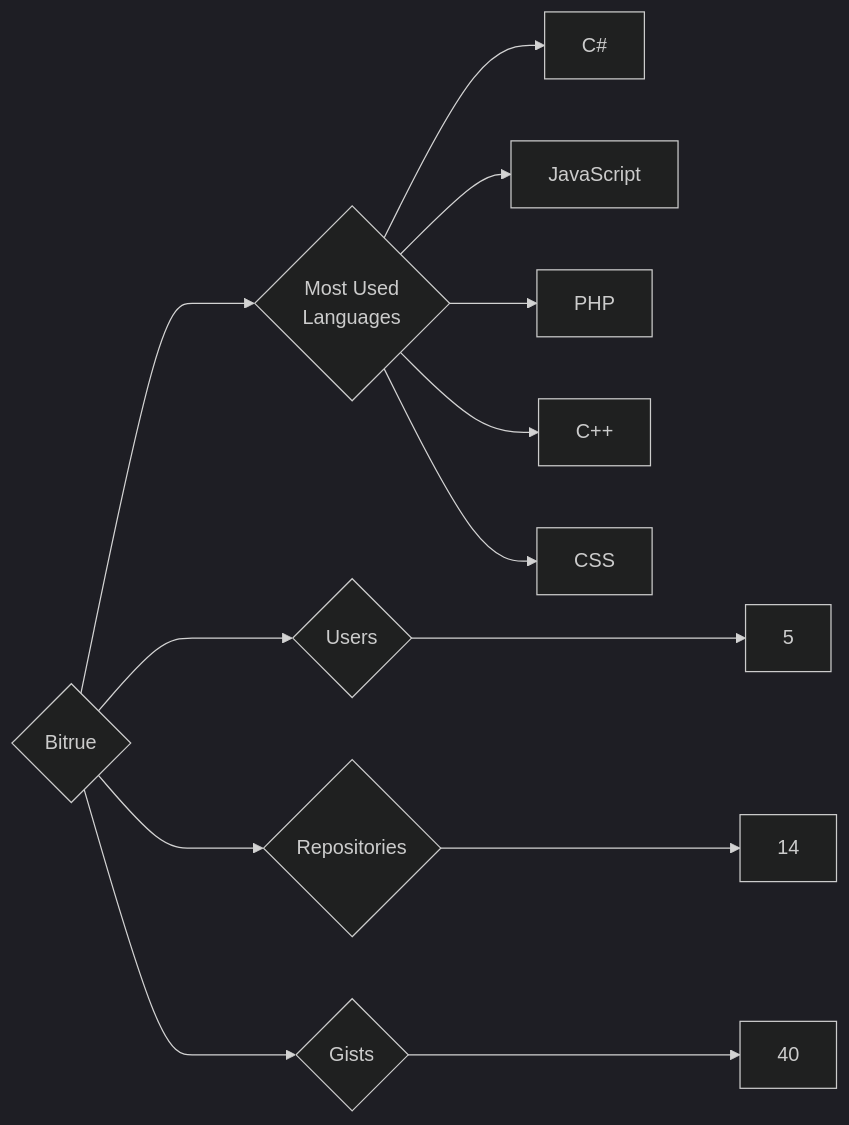
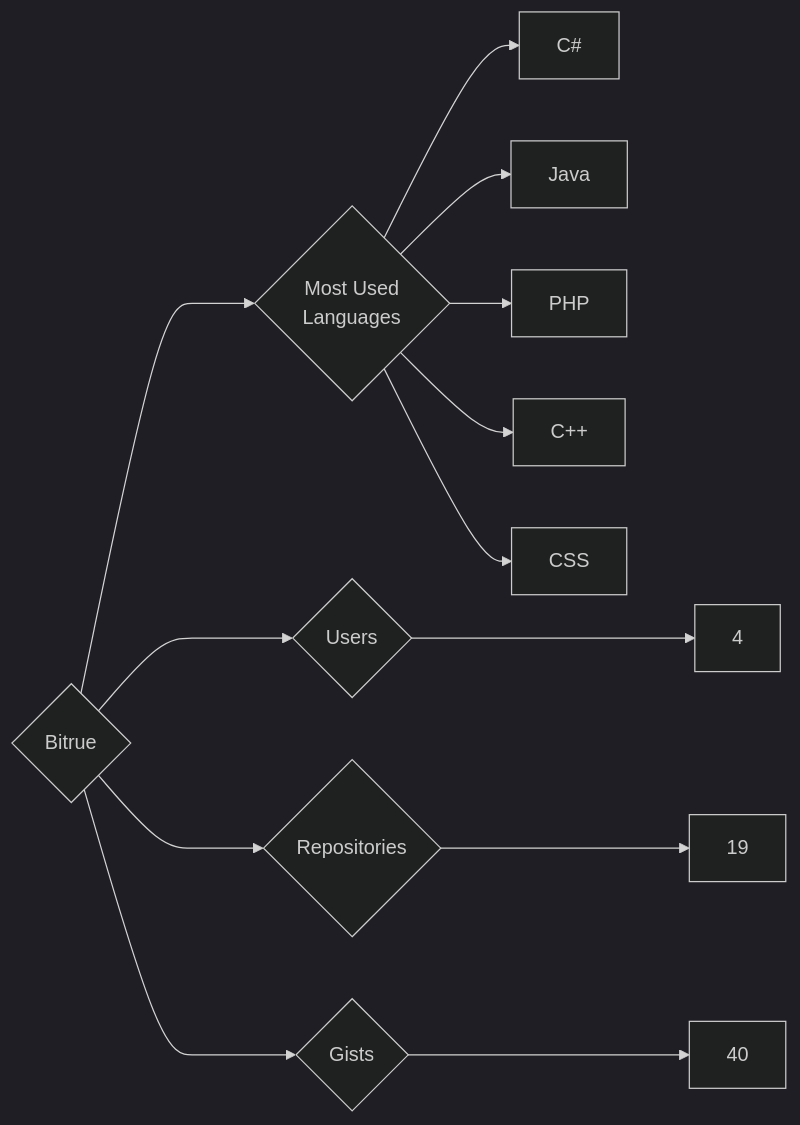
The diagram in targets/Bitrue/README.md (trickest/insiders), drawn with Mermaid (dark theme) before and after one commit. The commit also changed 1003 other files, not shown here.

````diff
--- a/targets/Bitrue/README.md
+++ b/targets/Bitrue/README.md
@@ -3,13 +3,13 @@
 ```mermaid
 graph LR
 COMPANY_NAME{Bitrue}
-COMPANY_NAME ---> U{Users} ---> UN[5]
-COMPANY_NAME ---> R{Repositories} ---> RN[14]
+COMPANY_NAME ---> U{Users} ---> UN[4]
+COMPANY_NAME ---> R{Repositories} ---> RN[19]
 COMPANY_NAME ---> G{Gists} ---> GN[40]
 COMPANY_NAME ---> ML{Most Used<br>Languages}
 ML --> C#[C#]
-ML --> JavaScript[JavaScript]
+ML --> Java[Java]
 ML --> PHP[PHP]
 ML --> C++[C++]
 ML --> CSS[CSS]
 ```
````
